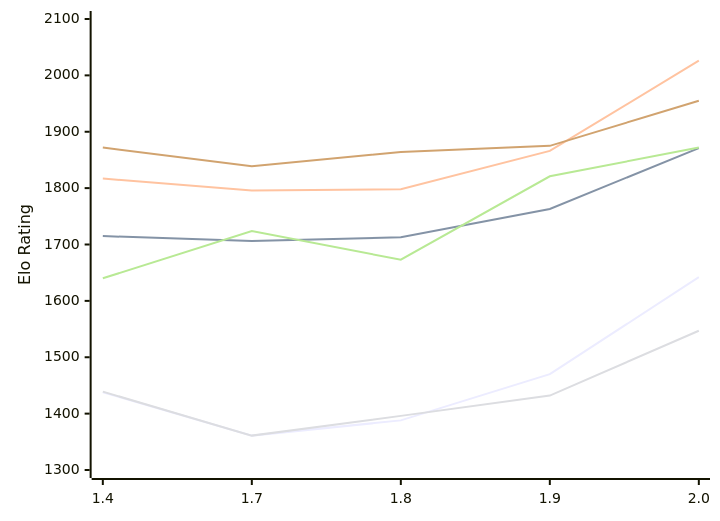
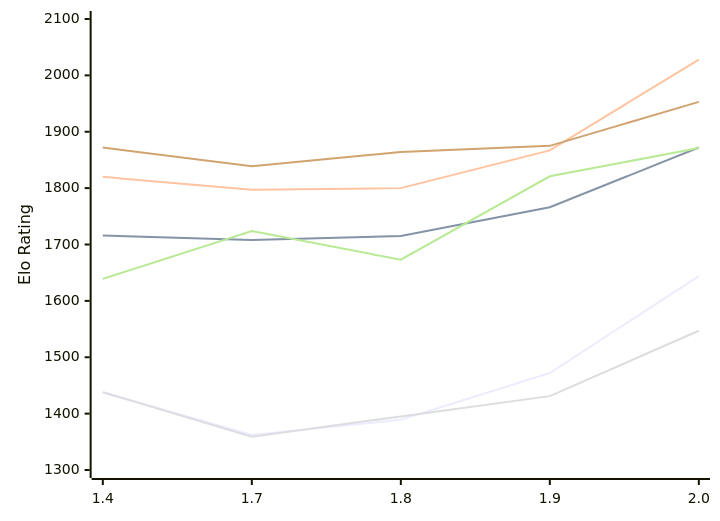
One commit to computer-chess-index/cci changed the diagram in engines/Russell.md. Above: the diagram before and after it, drawn with Mermaid. The commit also changed other lines of this file, not shown here.

Commit message:
Update CCI Ratings (ELO VLTC) - 2026-11-19

````diff
--- a/engines/Russell.md
+++ b/engines/Russell.md
@@ -55,12 +55,12 @@
 ```mermaid
 %%{init: {"theme":"base","themeVariables":{"seriesColors:['#a3a3a3','#222221','#faa371']}}}%%
 xychart-beta
   x-axis ["1.4", "1.7", "1.8", "1.9", "2.0"]
   y-axis "Elo Rating" 1300 --> 2100
-  line "E1: STC (8.0+0.08s)" [1438, 1361, 1388, 1470, 1642]
-  line "E1: LTC (60.0+0.60s)" [1715, 1706, 1713, 1763, 1871]
-  line "E1: VLTC (2m24s+1.12s)" [1817, 1796, 1798, 1866, 2026]
-  line "P1: STC (8.0+0.08s)" [1439, 1361, 1396, 1432, 1547]
-  line "P1: LTC (60.0+0.60s)" [1640, 1724, 1673, 1821, 1872]
-  line "P1: VLTC (2m24s+1.12s)" [1872, 1839, 1864, 1875, 1955]
+  line "E1: STC (8.0+0.08s)" [1438, 1362, 1389, 1472, 1644]
+  line "E1: LTC (60.0+0.60s)" [1716, 1708, 1715, 1766, 1872]
+  line "E1: VLTC (2m24s+1.12s)" [1820, 1797, 1800, 1867, 2028]
+  line "P1: STC (8.0+0.08s)" [1438, 1359, 1395, 1431, 1547]
+  line "P1: LTC (60.0+0.60s)" [1639, 1724, 1673, 1821, 1871]
+  line "P1: VLTC (2m24s+1.12s)" [1872, 1839, 1864, 1875, 1953]
 ```
````
